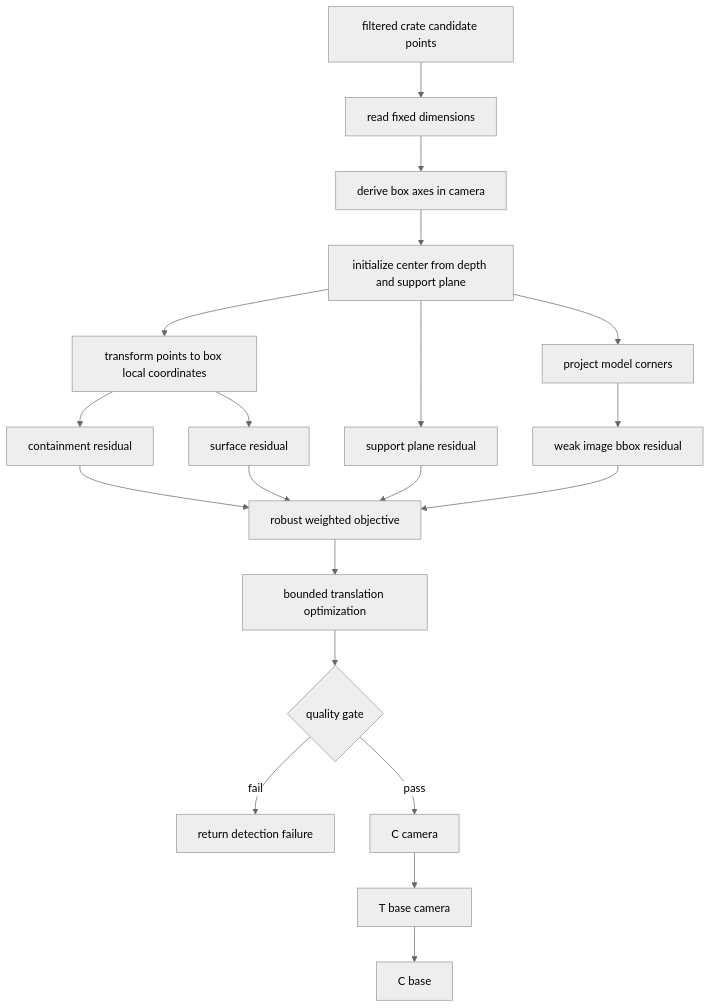
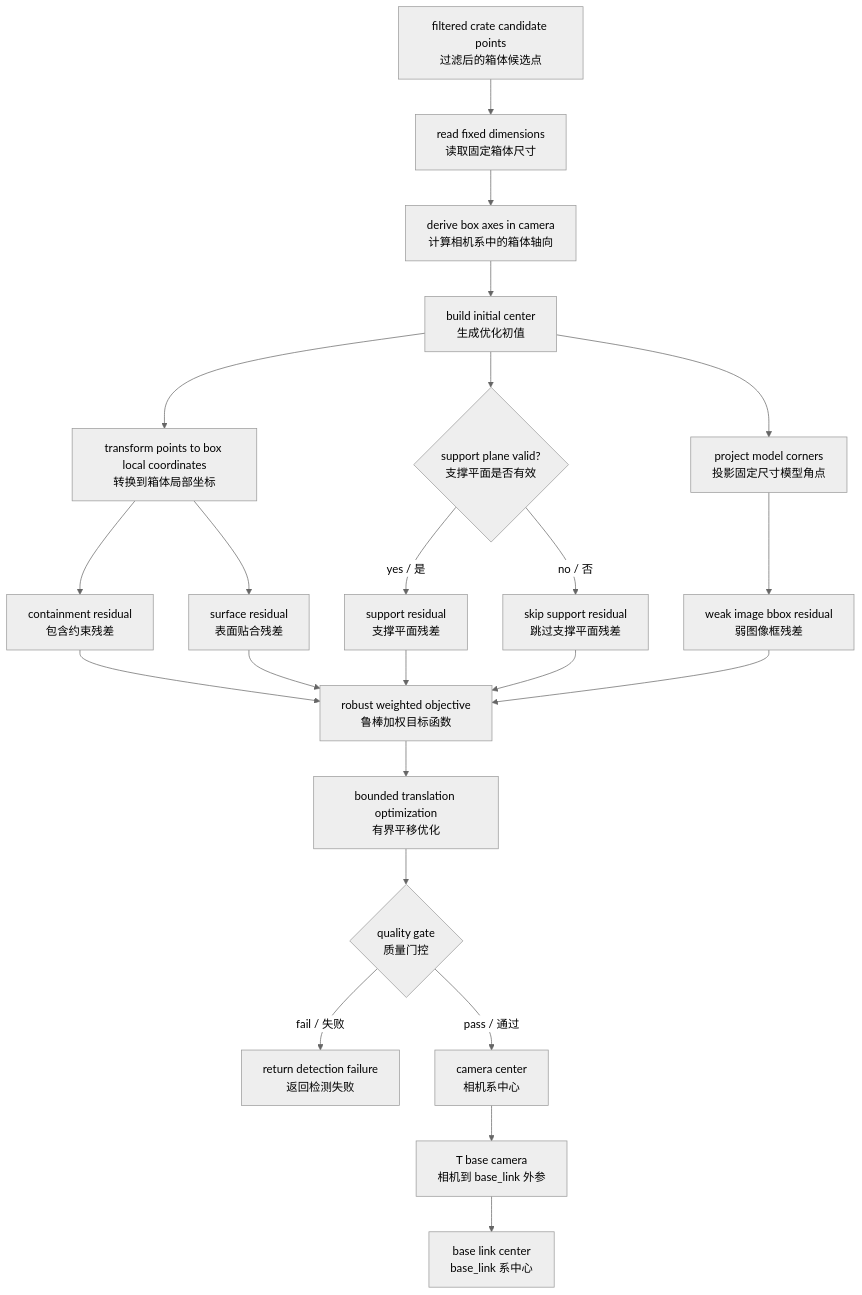
The fourth of 4 diagrams in pointcloud_filter_and_position_optimization.md (liujun0808/detect_box_ws), drawn with Mermaid (neutral theme) before and after one commit. The commit also changed other lines of this file and 15 other files, not shown here.

```diff
--- a/pointcloud_filter_and_position_optimization.md
+++ b/pointcloud_filter_and_position_optimization.md
@@ -809,22 +1063,25 @@
 ~~~mermaid
 flowchart TD
-    A[filtered crate candidate points] --> B[read fixed dimensions]
-    B --> C[derive box axes in camera]
-    C --> D[initialize center from depth and support plane]
-    D --> E[transform points to box local coordinates]
-    E --> F[containment residual]
-    E --> G[surface residual]
-    D --> H[support plane residual]
-    D --> I[project model corners]
-    I --> J[weak image bbox residual]
-    F --> K[robust weighted objective]
-    G --> K
-    H --> K
-    J --> K
-    K --> L[bounded translation optimization]
-    L --> M{quality gate}
-    M -- fail --> N[return detection failure]
-    M -- pass --> O[C camera]
-    O --> P[T base camera]
-    P --> Q[C base]
+    A[filtered crate candidate points<br/>过滤后的箱体候选点] --> B[read fixed dimensions<br/>读取固定箱体尺寸]
+    B --> C[derive box axes in camera<br/>计算相机系中的箱体轴向]
+    C --> D[build initial center<br/>生成优化初值]
+    D --> E[transform points to box local coordinates<br/>转换到箱体局部坐标]
+    E --> F[containment residual<br/>包含约束残差]
+    E --> G[surface residual<br/>表面贴合残差]
+    D --> H{support plane valid?<br/>支撑平面是否有效}
+    H -- yes / 是 --> I[support residual<br/>支撑平面残差]
+    H -- no / 否 --> J[skip support residual<br/>跳过支撑平面残差]
+    D --> K[project model corners<br/>投影固定尺寸模型角点]
+    K --> L[weak image bbox residual<br/>弱图像框残差]
+    F --> M[robust weighted objective<br/>鲁棒加权目标函数]
+    G --> M
+    I --> M
+    J --> M
+    L --> M
+    M --> N[bounded translation optimization<br/>有界平移优化]
+    N --> O{quality gate<br/>质量门控}
+    O -- fail / 失败 --> P[return detection failure<br/>返回检测失败]
+    O -- pass / 通过 --> Q[camera center<br/>相机系中心]
+    Q --> R[T base camera<br/>相机到 base_link 外参]
+    R --> S[base link center<br/>base_link 系中心]
 ~~~
```
